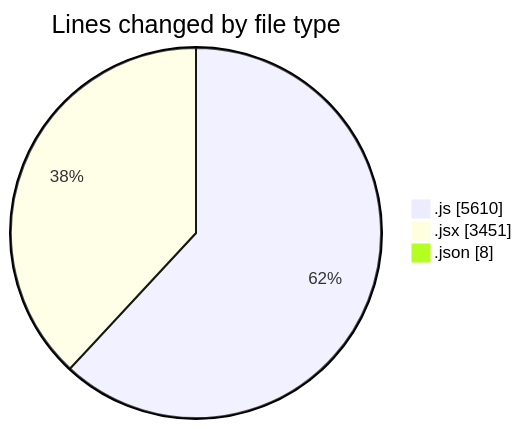
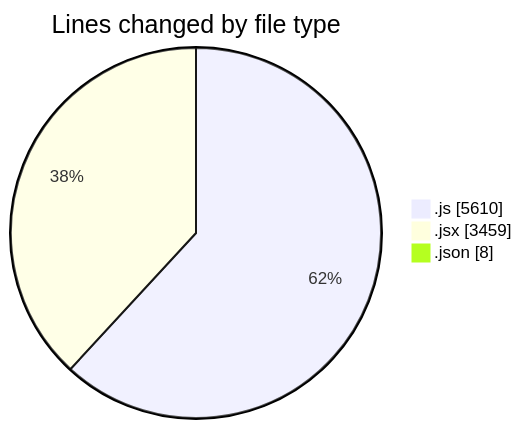
Before and after one commit to nxtqubesakshisongat/code-tracking: the first of 2 diagrams in 2025-07-23/nxtqube_webapp/README.md, drawn with Mermaid. The commit also changed other lines of this file and 1 other file, not shown here.

````diff
--- a/2025-07-23/nxtqube_webapp/README.md
+++ b/2025-07-23/nxtqube_webapp/README.md
@@ -60,7 +60,7 @@
 ```mermaid
 pie showData
 title Lines changed by file type
 ".js" : 5610
-".jsx" : 3451
+".jsx" : 3459
 ".json" : 8
 ```
````
